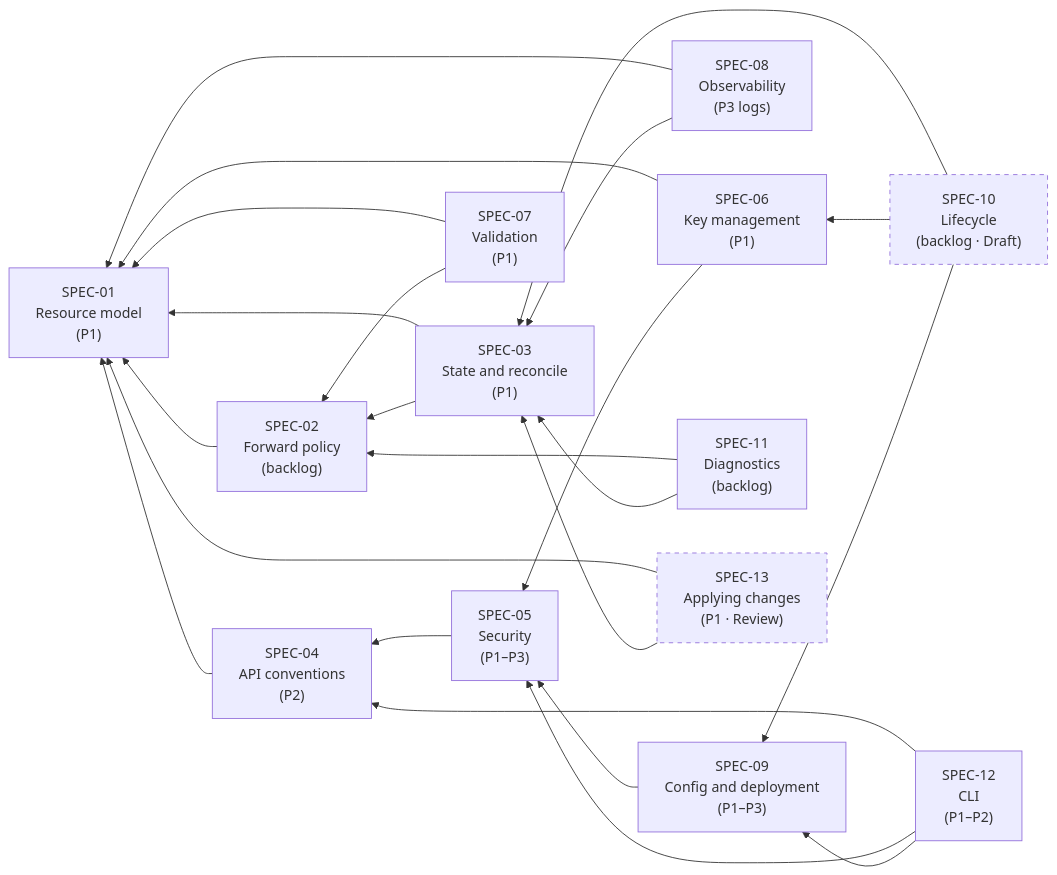
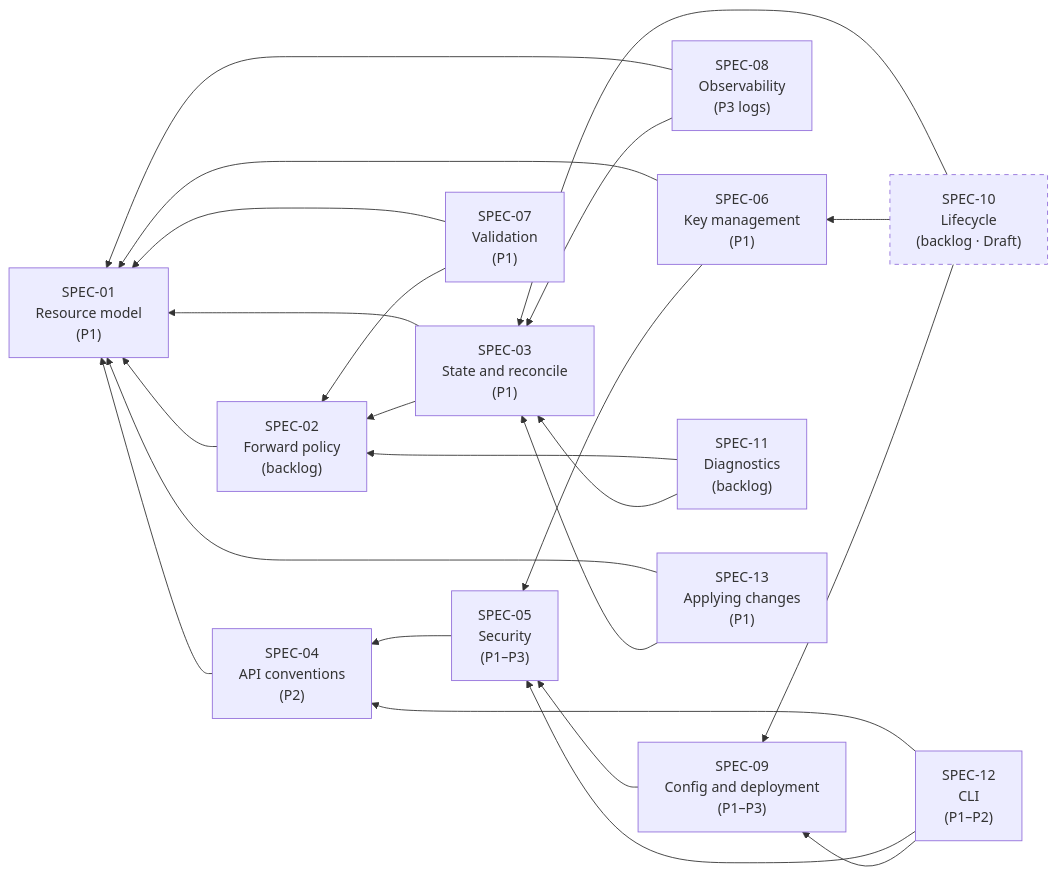
One commit to vinh466/wg-agent changed the diagram in docs/20-spec/README.md. Above: the diagram before and after it, drawn with Mermaid. The commit also changed other lines of this file and 13 other files, not shown here.

First line of the commit message:
docs: settle the first review round, accept SPEC-13, record the stack

````diff
--- a/docs/20-spec/README.md
+++ b/docs/20-spec/README.md
@@ -81,42 +79,42 @@
 ```mermaid
 graph RL
   SPEC01["SPEC-01<br/>Resource model<br/>(P1)"]
   SPEC04["SPEC-04<br/>API conventions<br/>(P2)"]
   SPEC02["SPEC-02<br/>Forward policy<br/>(backlog)"]
   SPEC03["SPEC-03<br/>State and reconcile<br/>(P1)"]
   SPEC05["SPEC-05<br/>Security<br/>(P1–P3)"]
   SPEC06["SPEC-06<br/>Key management<br/>(P1)"]
   SPEC07["SPEC-07<br/>Validation<br/>(P1)"]
   SPEC08["SPEC-08<br/>Observability<br/>(P3 logs)"]
   SPEC09["SPEC-09<br/>Config and deployment<br/>(P1–P3)"]
   SPEC10["SPEC-10<br/>Lifecycle<br/>(backlog · Draft)"]
   SPEC11["SPEC-11<br/>Diagnostics<br/>(backlog)"]
   SPEC12["SPEC-12<br/>CLI<br/>(P1–P2)"]
-  SPEC13["SPEC-13<br/>Applying changes<br/>(P1 · Review)"]
+  SPEC13["SPEC-13<br/>Applying changes<br/>(P1)"]
 
   SPEC02 --> SPEC01
   SPEC03 --> SPEC01
   SPEC03 --> SPEC02
   SPEC04 --> SPEC01
   SPEC05 --> SPEC04
   SPEC06 --> SPEC01
   SPEC06 --> SPEC05
   SPEC07 --> SPEC01
   SPEC07 --> SPEC02
   SPEC08 --> SPEC01
   SPEC08 --> SPEC03
   SPEC09 --> SPEC05
   SPEC10 --> SPEC03
   SPEC10 --> SPEC06
   SPEC10 --> SPEC09
   SPEC11 --> SPEC02
   SPEC11 --> SPEC03
   SPEC12 --> SPEC04
   SPEC12 --> SPEC05
   SPEC12 --> SPEC09
   SPEC13 --> SPEC01
   SPEC13 --> SPEC03
 
   classDef draft stroke-dasharray: 5 5
-  class SPEC10,SPEC13 draft
+  class SPEC10 draft
 ```
````
